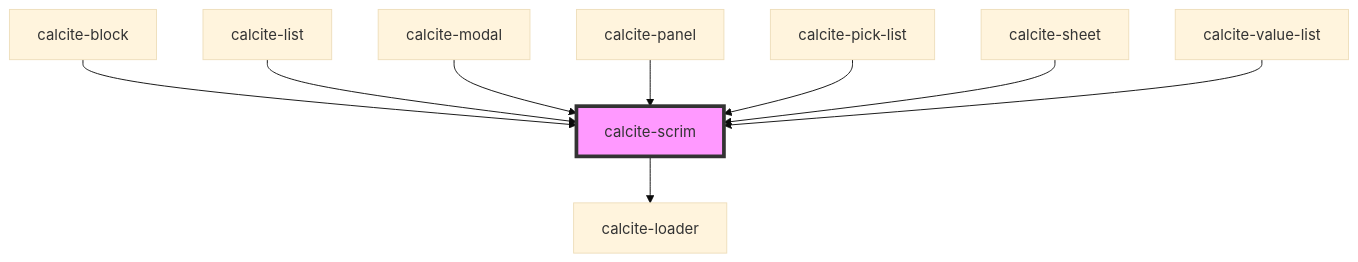
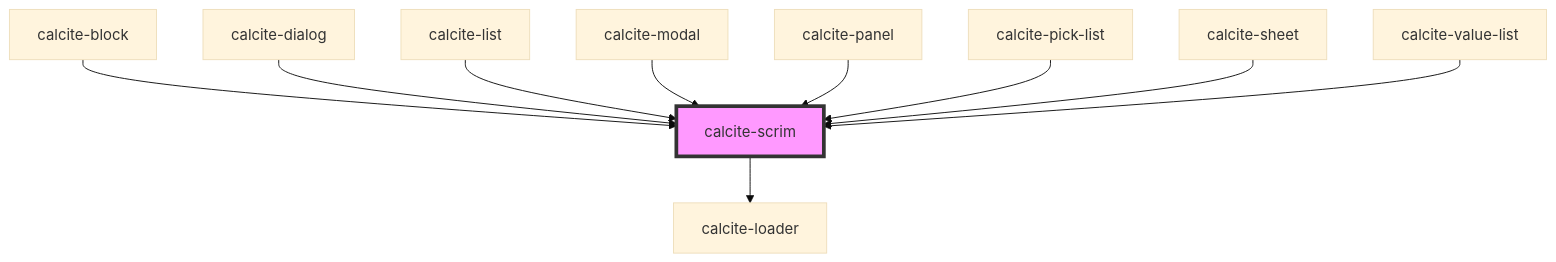
One commit to Esri/calcite-design-system changed the diagram in packages/calcite-components/src/components/scrim/readme.md. Above: the diagram before and after it, drawn with Mermaid (base theme). The commit also changed other lines of this file and 7 other files, not shown here.

````diff
--- a/packages/calcite-components/src/components/scrim/readme.md
+++ b/packages/calcite-components/src/components/scrim/readme.md
@@ -44,12 +45,13 @@
 ```mermaid
 graph TD;
   calcite-scrim --> calcite-loader
   calcite-block --> calcite-scrim
+  calcite-dialog --> calcite-scrim
   calcite-list --> calcite-scrim
   calcite-modal --> calcite-scrim
   calcite-panel --> calcite-scrim
   calcite-pick-list --> calcite-scrim
   calcite-sheet --> calcite-scrim
   calcite-value-list --> calcite-scrim
   style calcite-scrim fill:#f9f,stroke:#333,stroke-width:4px
 ```
````
